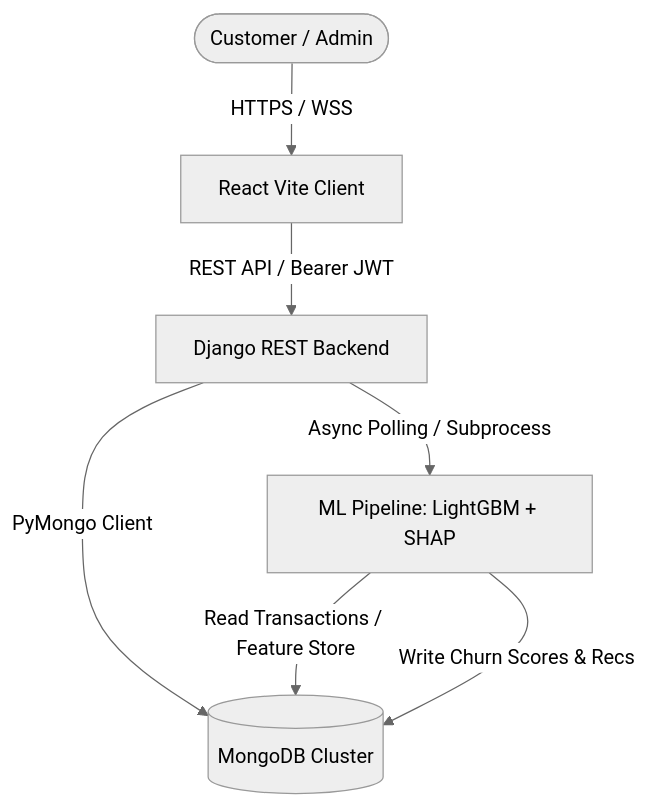
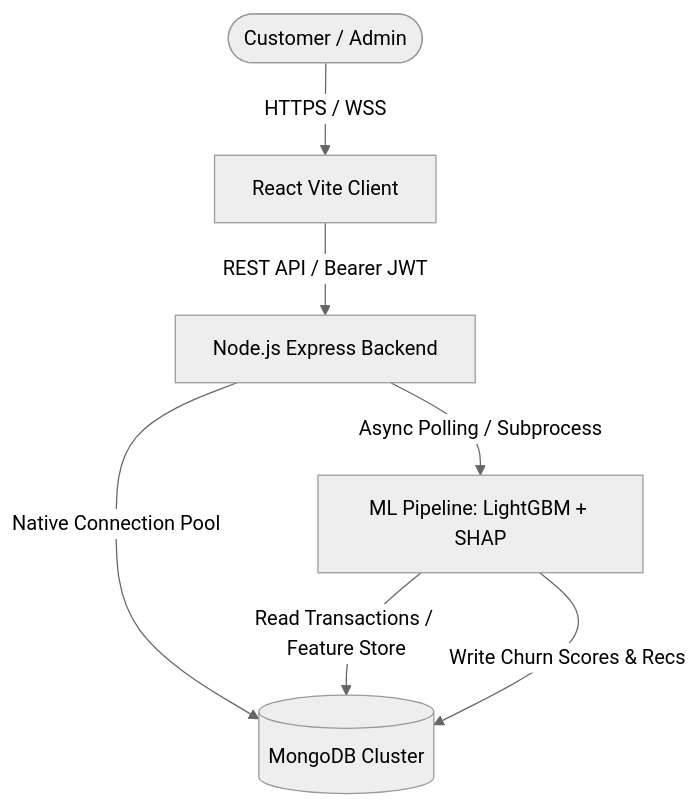
The diagram in docs/software/01_SRS.md (Nayak17-07/RentAI), drawn with Mermaid (neutral theme) before and after one commit. The commit also changed other lines of this file and 63 other files, not shown here.

````diff
--- a/docs/software/01_SRS.md
+++ b/docs/software/01_SRS.md
@@ -47,9 +47,9 @@
 ```mermaid
 graph TD
     User([Customer / Admin]) -->|HTTPS / WSS| FE[React Vite Client]
-    FE -->|REST API / Bearer JWT| BE[Django REST Backend]
-    BE -->|PyMongo Client| DB[(MongoDB Cluster)]
+    FE -->|REST API / Bearer JWT| BE[Node.js Express Backend]
+    BE -->|Native Connection Pool| DB[(MongoDB Cluster)]
     BE -->|Async Polling / Subprocess| ML[ML Pipeline: LightGBM + SHAP]
     ML -->|Read Transactions / Feature Store| DB
     ML -->|Write Churn Scores & Recs| DB
 ```
````
